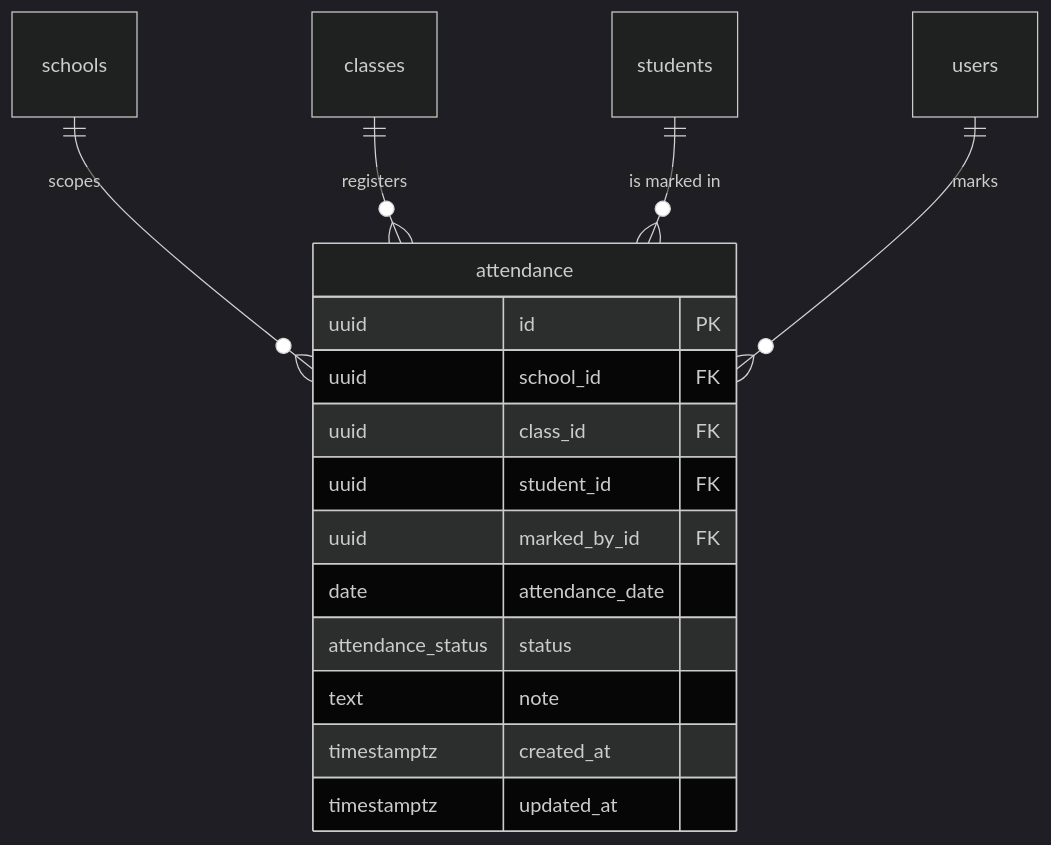
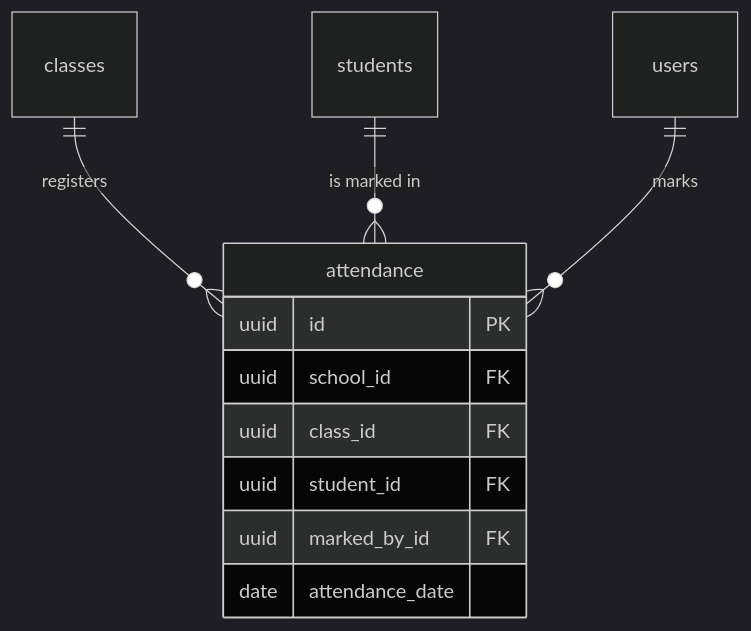
One commit to rahmat058/school-flow-ai changed diagram 14 of 43 in docs/backend/Database.md. Above: the diagram before and after it, drawn with Mermaid (dark theme). The commit also changed other lines of this file and 2 other files, not shown here.

````diff
--- a/docs/backend/Database.md
+++ b/docs/backend/Database.md
@@ -250,20 +552,14 @@
 ```mermaid
 erDiagram
-  schools ||--o{ attendance : "scopes"
   classes ||--o{ attendance : "registers"
   students ||--o{ attendance : "is marked in"
   users ||--o{ attendance : "marks"
-
   attendance {
     uuid id PK
     uuid school_id FK
     uuid class_id FK
     uuid student_id FK
     uuid marked_by_id FK
     date attendance_date
-    attendance_status status
-    text note
-    timestamptz created_at
-    timestamptz updated_at
   }
 ```
````
